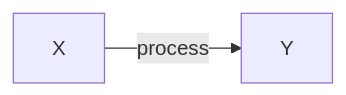
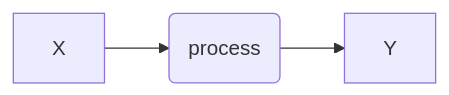
One commit to Jcbnunez/uvm-fqr changed the first of 2 diagrams in Lectures/Lect1_Foundations.md. Above: the diagram before and after it, drawn with Mermaid. The commit also changed other lines of this file, not shown here.

````diff
--- a/Lectures/Lect1_Foundations.md
+++ b/Lectures/Lect1_Foundations.md
@@ -26,4 +26,8 @@
 ```mermaid
 graph LR
-A[X] -- process --> B[Y]
+a[X]
+b[Y]
+c(process)
+
+a --> c --> b
 ```
````
